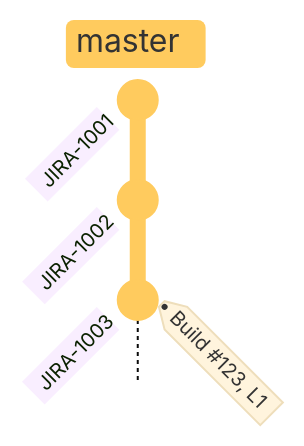
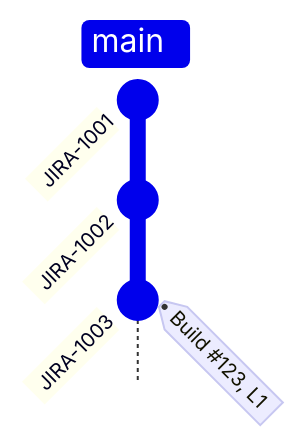
The diagram in README.md (SeanDodds/Playground), drawn with Mermaid before and after one commit.

````diff
--- a/README.md
+++ b/README.md
@@ -3,8 +3,7 @@
 ``` mermaid
-%%{init: { 'logLevel': 'debug', 'theme': 'base',  'gitGraph': {'showBranches': true, 'mainBranchName': 'master'} }}%%
     gitGraph TB:
        commit id: "JIRA-1001"
        commit id: "JIRA-1002"
        commit id: "JIRA-1003" tag: "Build #123, L1"
      
 ```
````
